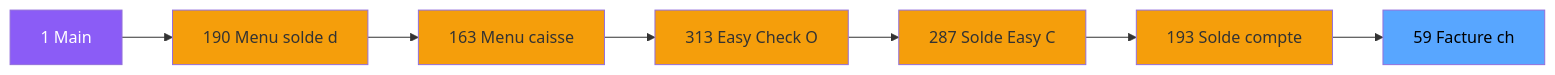
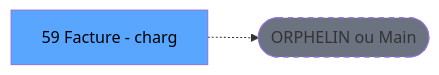
The second of 3 diagrams in .openspec/specs/ADH-IDE-59.md (thonyAGP/lecteur-magic), drawn with Mermaid before and after one commit. The commit also changed other lines of this file and 701 other files, not shown here.

````diff
--- a/.openspec/specs/ADH-IDE-59.md
+++ b/.openspec/specs/ADH-IDE-59.md
@@ -125,23 +118,8 @@
 ```mermaid
 graph LR
-    M[1 Main]
-    N190[190 Menu solde d]
-    N163[163 Menu caisse ]
-    N313[313 Easy Check O]
-    N287[287 Solde Easy C]
-    N193[193 Solde compte]
-    T[59 Facture   ch]
-    M --> N190
-    N190 --> N163
-    N163 --> N313
-    N313 --> N287
-    N287 --> N193
-    N193 --> T
-    style M fill:#8b5cf6,color:#fff
-    style N190 fill:#f59e0b
-    style N163 fill:#f59e0b
-    style N313 fill:#f59e0b
-    style N287 fill:#f59e0b
-    style N193 fill:#f59e0b
+    T[59 Facture - charg]
+    ORPHAN([ORPHELIN ou Main])
+    T -.-> ORPHAN
     style T fill:#58a6ff,color:#000
+    style ORPHAN fill:#6b7280,stroke-dasharray: 5 5
 ```
````
